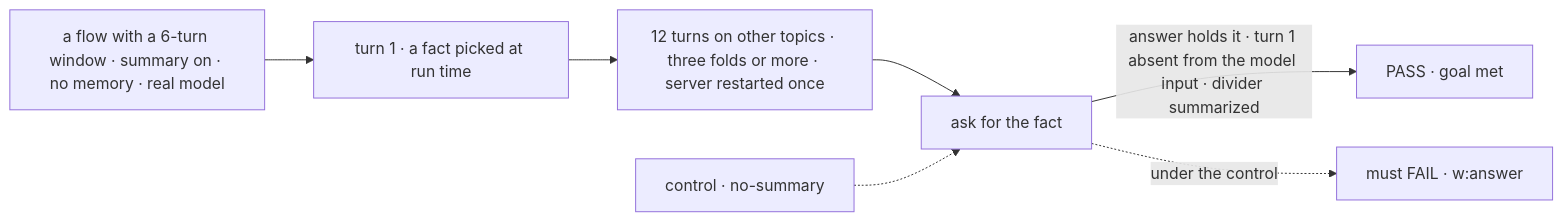
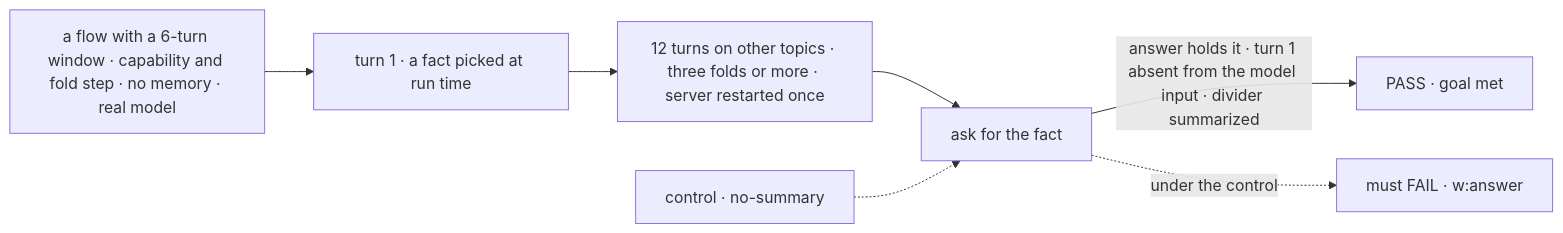
One commit to fixpoint-labs/flow-state-dev changed the first of 2 diagrams in specs/issues/FIX-1613/SPEC.md. Above: the diagram before and after it, drawn with Mermaid. The commit also changed other lines of this file and 1 other file, not shown here.

First line of the commit message:
spec(FIX-1613): a history-summary capability and fold step, not an engine option

````diff
--- a/specs/issues/FIX-1613/SPEC.md
+++ b/specs/issues/FIX-1613/SPEC.md
@@ -35,9 +34,9 @@
 ```mermaid
 flowchart LR
-  F["a flow with a 6-turn window · summary on · no memory · real model"] --> T1["turn 1 · a fact picked at run time"]
+  F["a flow with a 6-turn window · capability and fold step · no memory · real model"] --> T1["turn 1 · a fact picked at run time"]
   T1 --> T["12 turns on other topics · three folds or more · server restarted once"]
   T --> Q["ask for the fact"]
   Q -->|"answer holds it · turn 1 absent from the model input · divider summarized"| P["PASS · goal met"]
   C["control · no-summary"] -.-> Q
   Q -.->|"under the control"| X["must FAIL · w:answer"]
 ```
````
